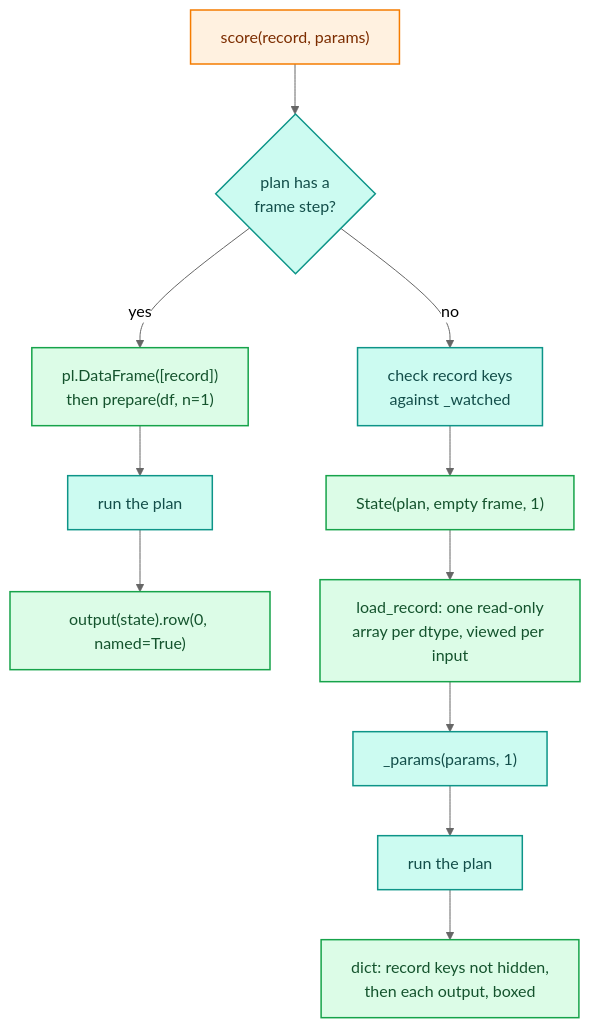
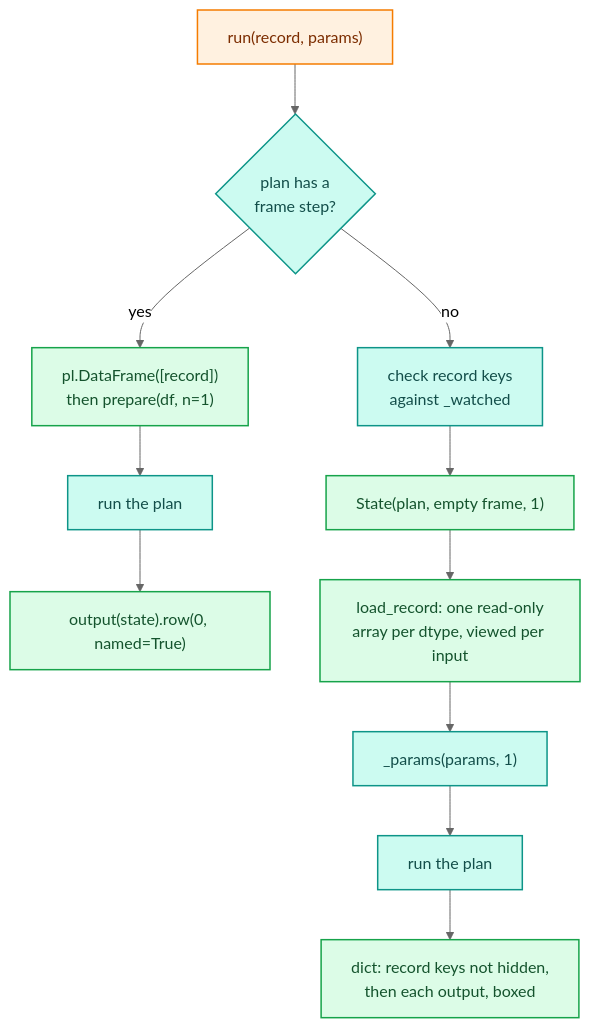
The second of 2 diagrams in docs/architecture/engine/index.md (capitec/dsp-decision-engine), drawn with Mermaid (neutral theme) before and after one commit. The commit also changed other lines of this file and 55 other files, not shown here.

Commit message:
docs: run takes a dict record or a frame; every score example and mention now says run, and the engine decision records the dispatch order and its cost

````diff
--- a/docs/architecture/engine/index.md
+++ b/docs/architecture/engine/index.md
@@ -235,16 +240,16 @@
 ```mermaid
 flowchart TD
-    A["score(record, params)"]:::author --> B{"plan has a<br/>frame step?"}:::engine
+    A["run(record, params)"]:::author --> B{"plan has a<br/>frame step?"}:::engine
     B -- yes --> C["pl.DataFrame([record])<br/>then prepare(df, n=1)"]:::data
     C --> D["run the plan"]:::engine
     D --> E["output(state).row(0, named=True)"]:::data
     B -- no --> F["check record keys<br/>against _watched"]:::engine
     F --> G["State(plan, empty frame, 1)"]:::data
     G --> H["load_record: one read-only<br/>array per dtype, viewed per input"]:::data
     H --> I["_params(params, 1)"]:::engine
     I --> J["run the plan"]:::engine
     J --> K["dict: record keys not hidden,<br/>then each output, boxed"]:::data
     classDef author fill:#fff1e0,stroke:#f57c00,color:#7c2d00,stroke-width:1.5px;
     classDef engine fill:#ccfbf1,stroke:#0d9488,color:#134e4a,stroke-width:1.5px;
     classDef data fill:#dcfce7,stroke:#16a34a,color:#14532d,stroke-width:1.5px;
 ```
````
